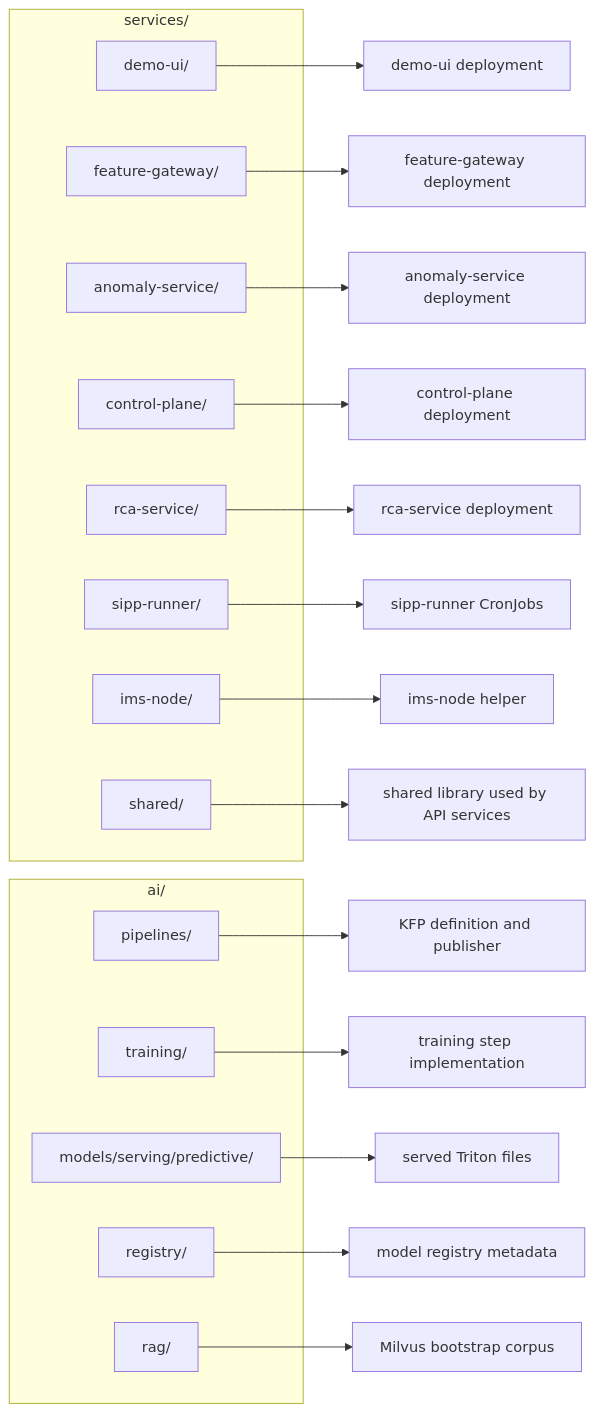
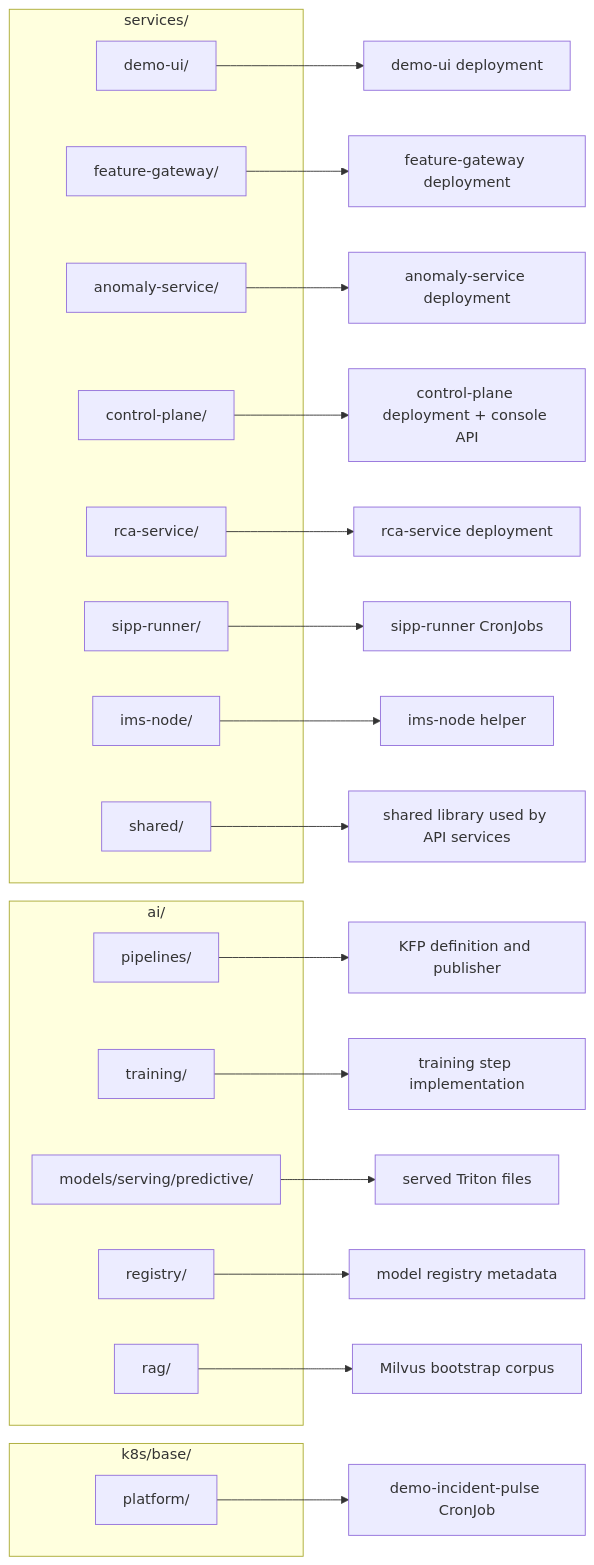
One commit to rh-telco-tigers/Autonomous-Network-Intelligence-Anomaly-Detection-with-Red-Hat-OpenShift-AI changed the fourth of 4 diagrams in docs/architecture/engineering-spec.md. Above: the diagram before and after it, drawn with Mermaid. The commit also changed other lines of this file and 7 other files, not shown here.

First line of the commit message:
Automate the live console demo cadence

````diff
--- a/docs/architecture/engineering-spec.md
+++ b/docs/architecture/engineering-spec.md
@@ -179,36 +185,41 @@
 ```mermaid
 flowchart LR
   subgraph Services["services/"]
     DemoUIDir["demo-ui/"]
     FeatureDir["feature-gateway/"]
     AnomalyDir["anomaly-service/"]
     ControlDir["control-plane/"]
     RCADir["rca-service/"]
     SIPPDir["sipp-runner/"]
     IMSNodeDir["ims-node/"]
     SharedDir["shared/"]
   end
 
   subgraph AI["ai/"]
     PipelinesDir["pipelines/"]
     TrainingDir["training/"]
     ModelsDir["models/serving/predictive/"]
     RegistryDir["registry/"]
     RagDir["rag/"]
   end
 
+  subgraph Manifests["k8s/base/"]
+    PlatformDir["platform/"]
+  end
+
   DemoUIDir --> DemoUIRun["demo-ui deployment"]
   FeatureDir --> FeatureRun["feature-gateway deployment"]
   AnomalyDir --> AnomalyRun["anomaly-service deployment"]
-  ControlDir --> ControlRun["control-plane deployment"]
+  ControlDir --> ControlRun["control-plane deployment + console API"]
   RCADir --> RCARun["rca-service deployment"]
   SIPPDir --> SIPPRun["sipp-runner CronJobs"]
   IMSNodeDir --> IMSNodeRun["ims-node helper"]
   SharedDir --> SharedUse["shared library used by API services"]
+  PlatformDir --> PulseRun["demo-incident-pulse CronJob"]
 
   PipelinesDir --> KFPDef["KFP definition and publisher"]
   TrainingDir --> TrainSteps["training step implementation"]
   ModelsDir --> TritonFiles["served Triton files"]
   RegistryDir --> RegistryMeta["model registry metadata"]
   RagDir --> RagCorpus["Milvus bootstrap corpus"]
 ```
````
